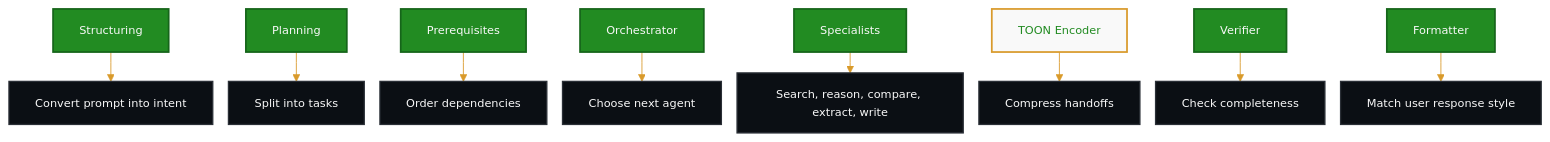
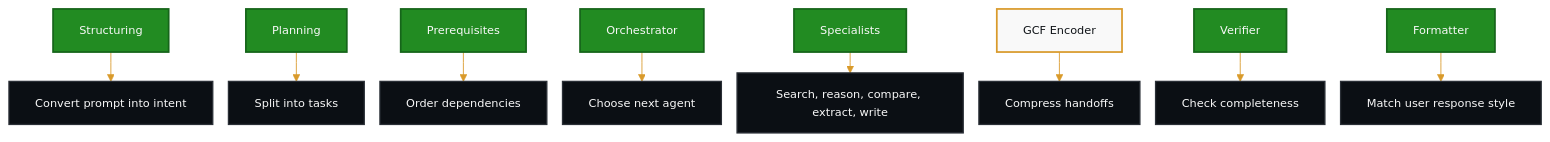
Before and after one commit to Hassaan146/agentic-ai-workflow: the fourth of 10 diagrams in docs/diagrams.md, drawn with Mermaid. The commit also changed other lines of this file and 18 other files, not shown here.

````diff
--- a/docs/diagrams.md
+++ b/docs/diagrams.md
@@ -133,21 +134,21 @@
 ```mermaid
-%%{init: {'theme': 'base', 'flowchart': {'nodeSpacing': 18, 'rankSpacing': 24, 'curve': 'linear'}, 'themeVariables': {'fontSize': '13px', 'primaryColor': '#228B22', 'primaryTextColor': '#F9F9F9', 'primaryBorderColor': '#16651A', 'lineColor': '#D99A2B', 'secondaryColor': '#F9F9F9', 'secondaryTextColor': '#228B22', 'secondaryBorderColor': '#D99A2B', 'tertiaryColor': '#0B0F14', 'tertiaryTextColor': '#F9F9F9', 'tertiaryBorderColor': '#2A2F36', 'background': '#070B10', 'mainBkg': '#228B22', 'secondBkg': '#F9F9F9', 'textColor': '#F9F9F9', 'edgeLabelBackground': '#F9F9F9'}}}%%
+%%{init: {"theme":"base","flowchart":{"nodeSpacing":18,"rankSpacing":24,"curve":"linear"},"themeVariables":{"fontSize":"13px","background":"#070B10","primaryColor":"#228B22","primaryTextColor":"#F9F9F9","primaryBorderColor":"#16651A","secondaryColor":"#F9F9F9","secondaryTextColor":"#101418","secondaryBorderColor":"#D99A2B","tertiaryColor":"#0B0F14","tertiaryTextColor":"#F9F9F9","tertiaryBorderColor":"#2A2F36","lineColor":"#D99A2B","textColor":"#F9F9F9","edgeLabelBackground":"#0B0F14"}}}%%
 flowchart TD
     A["Structuring"] --> A1["Convert prompt into intent"]
     B["Planning"] --> B1["Split into tasks"]
     C["Prerequisites"] --> C1["Order dependencies"]
     D["Orchestrator"] --> D1["Choose next agent"]
     E["Specialists"] --> E1["Search, reason, compare, extract, write"]
-    F["TOON Encoder"] --> F1["Compress handoffs"]
+    F["GCF Encoder"] --> F1["Compress handoffs"]
     G["Verifier"] --> G1["Check completeness"]
     H["Formatter"] --> H1["Match user response style"]
 
     classDef primary fill:#228B22,stroke:#16651A,color:#F9F9F9,stroke-width:2px;
     classDef dark fill:#0B0F14,stroke:#2A2F36,color:#F9F9F9,stroke-width:1.5px;
-    classDef toon fill:#F9F9F9,stroke:#D99A2B,color:#228B22,stroke-width:2px;
-    classDef decision fill:#F9F9F9,stroke:#D99A2B,color:#228B22,stroke-width:2px;
+    classDef gcf fill:#F9F9F9,stroke:#D99A2B,color:#101418,stroke-width:2px;
+
     class A,B,C,D,E,G,H primary;
     class A1,B1,C1,D1,E1,G1,H1 dark;
-    class F toon;
+    class F gcf;
     class F1 dark;
 ```
````
